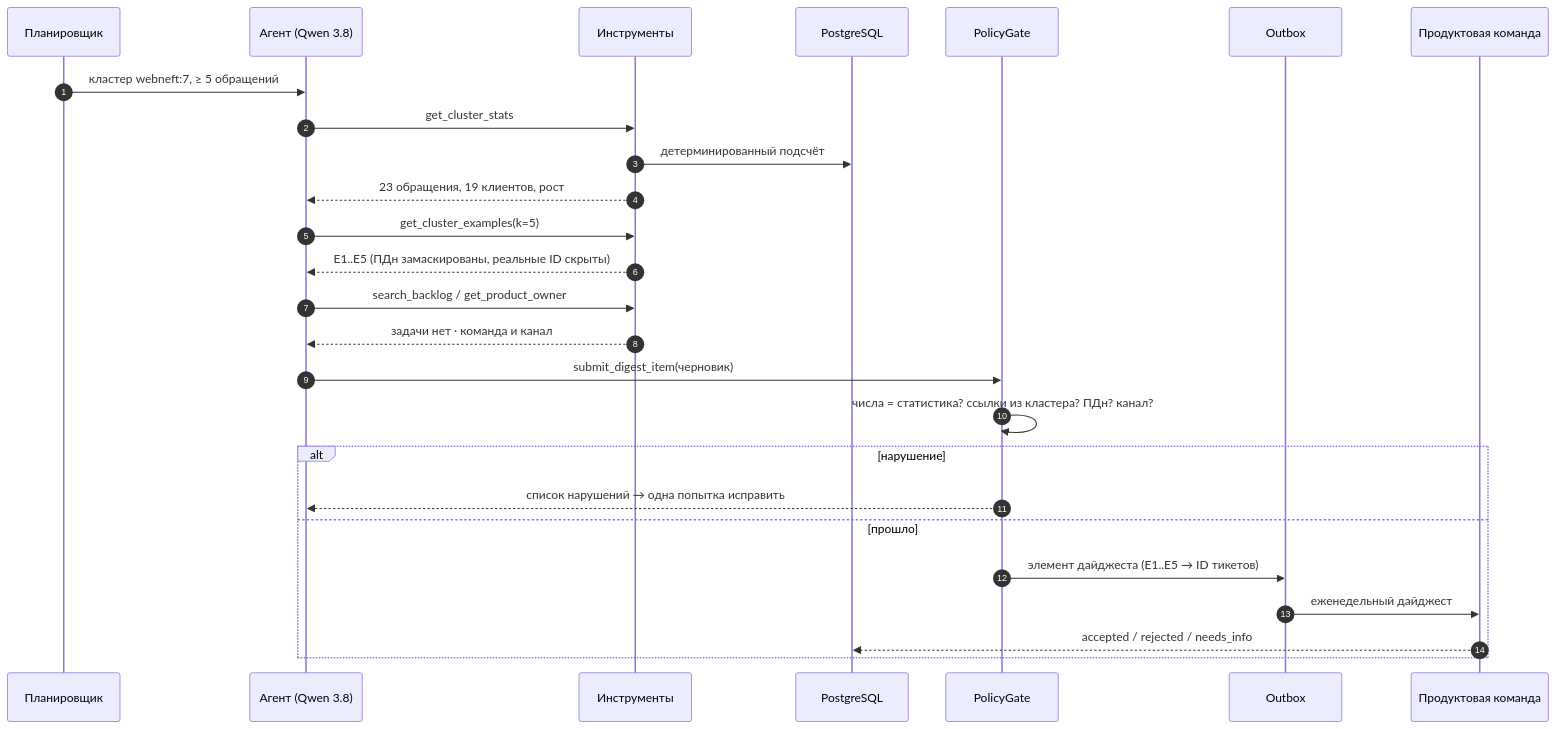
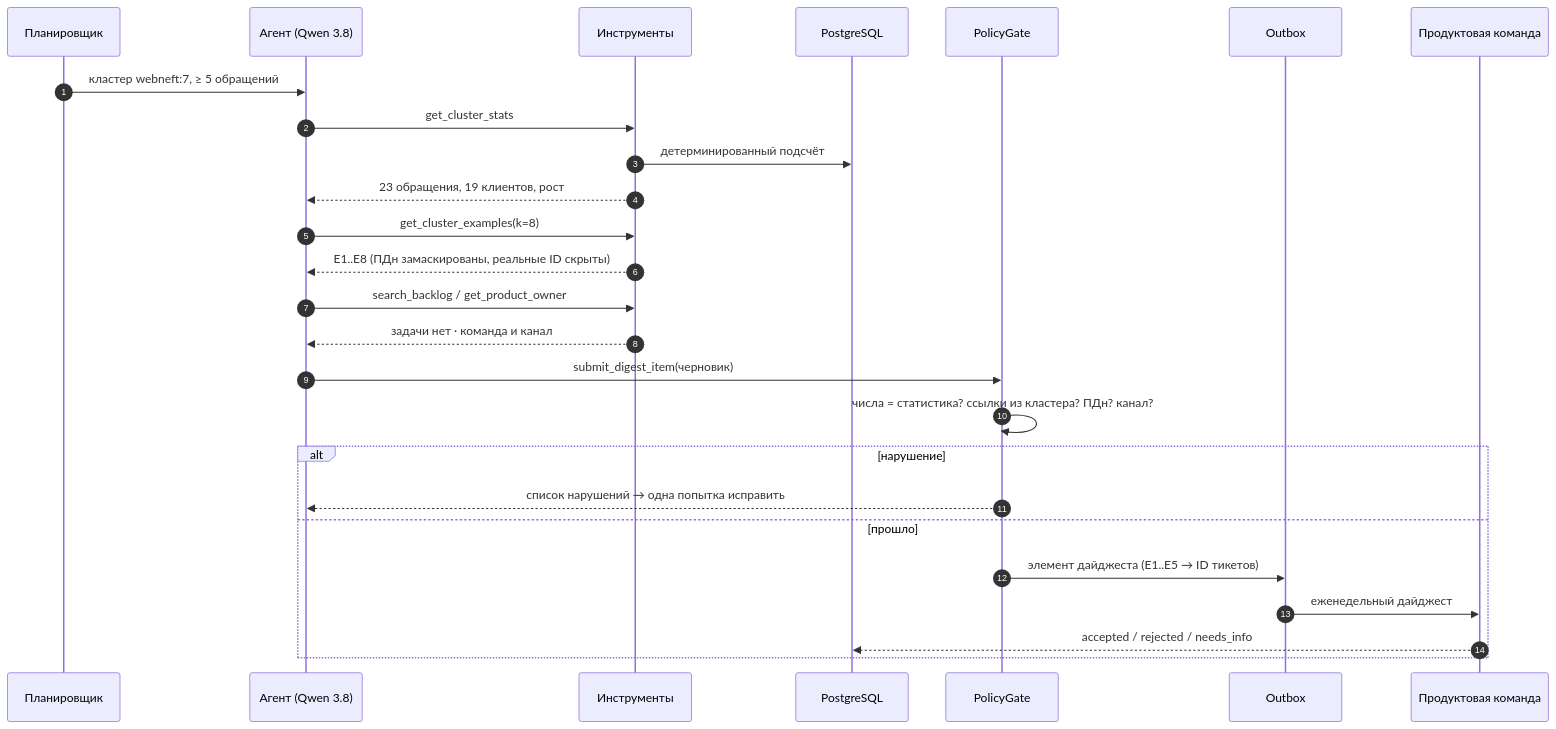
One commit to Gnod-do/ticket-triage-agent changed the diagram in docs/diagrams/04-digest-sequence.mmd. Above: the diagram before and after it, drawn with Mermaid. The commit also changed 69 other files, not shown here.

```diff
--- a/docs/diagrams/04-digest-sequence.mmd
+++ b/docs/diagrams/04-digest-sequence.mmd
@@ -1,28 +1,28 @@
 %% Последовательность еженедельного прогона агента для одного кластера
 sequenceDiagram
   autonumber
   participant SCH as Планировщик
   participant AG as Агент (Qwen 3.8)
   participant TB as Инструменты
   participant DB as PostgreSQL
   participant PG as PolicyGate
   participant OB as Outbox
   participant PT as Продуктовая команда
 
   SCH->>AG: кластер webneft:7, ≥ 5 обращений
   AG->>TB: get_cluster_stats
   TB->>DB: детерминированный подсчёт
   TB-->>AG: 23 обращения, 19 клиентов, рост
-  AG->>TB: get_cluster_examples(k=5)
-  TB-->>AG: E1..E5 (ПДн замаскированы, реальные ID скрыты)
+  AG->>TB: get_cluster_examples(k=8)
+  TB-->>AG: E1..E8 (ПДн замаскированы, реальные ID скрыты)
   AG->>TB: search_backlog / get_product_owner
   TB-->>AG: задачи нет · команда и канал
   AG->>PG: submit_digest_item(черновик)
   PG->>PG: числа = статистика? ссылки из кластера? ПДн? канал?
   alt нарушение
     PG-->>AG: список нарушений → одна попытка исправить
   else прошло
     PG->>OB: элемент дайджеста (E1..E5 → ID тикетов)
     OB->>PT: еженедельный дайджест
     PT-->>DB: accepted / rejected / needs_info
   end
```
